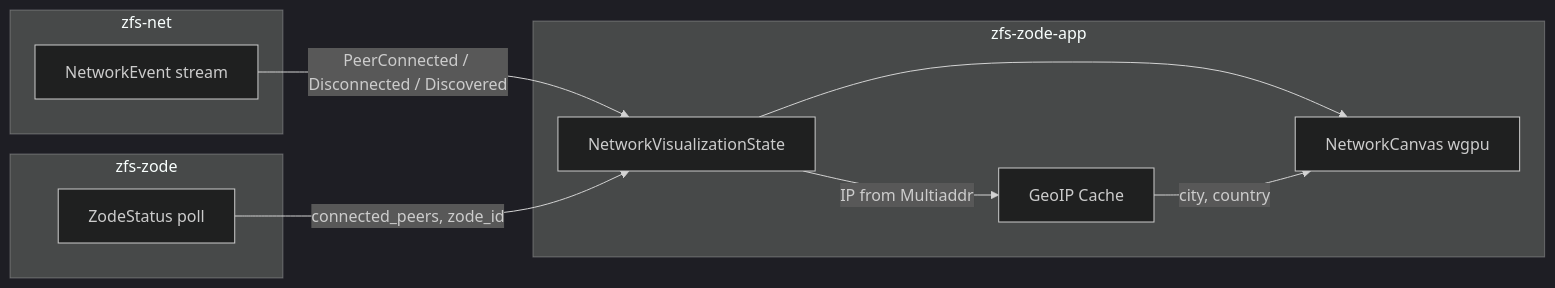
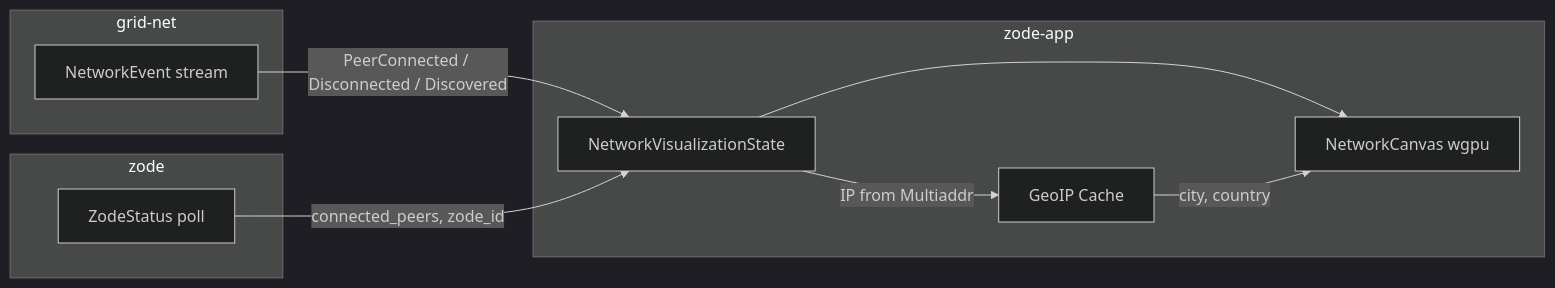
One commit to mightypex2-ux/the-grid changed the first of 2 diagrams in docs/spec/v0.1.0/15-network-visualization.md. Above: the diagram before and after it, drawn with Mermaid (dark theme). The commit also changed other lines of this file and 187 other files, not shown here.

First line of the commit message:
Rename ZFS to THE GRID and bump to v0.2.0

````diff
--- a/docs/spec/v0.1.0/15-network-visualization.md
+++ b/docs/spec/v0.1.0/15-network-visualization.md
@@ -218,20 +218,20 @@
 ```mermaid
 flowchart LR
-    subgraph zfs-net
+    subgraph grid-net
         Events[NetworkEvent stream]
     end
-    subgraph zfs-zode
+    subgraph zode
         Status[ZodeStatus poll]
     end
-    subgraph zfs-zode-app
+    subgraph zode-app
         Viz[NetworkVisualizationState]
         Canvas[NetworkCanvas wgpu]
         Geo[GeoIP Cache]
     end
 
     Events -->|PeerConnected / Disconnected / Discovered| Viz
     Status -->|connected_peers, zode_id| Viz
     Viz --> Canvas
     Viz -->|IP from Multiaddr| Geo
     Geo -->|city, country| Canvas
 ```
````
